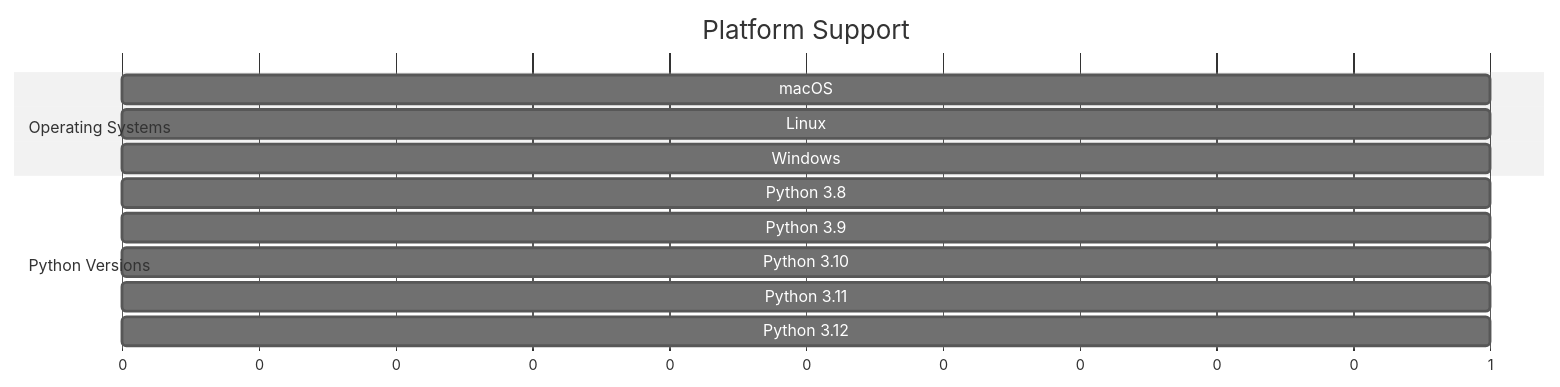
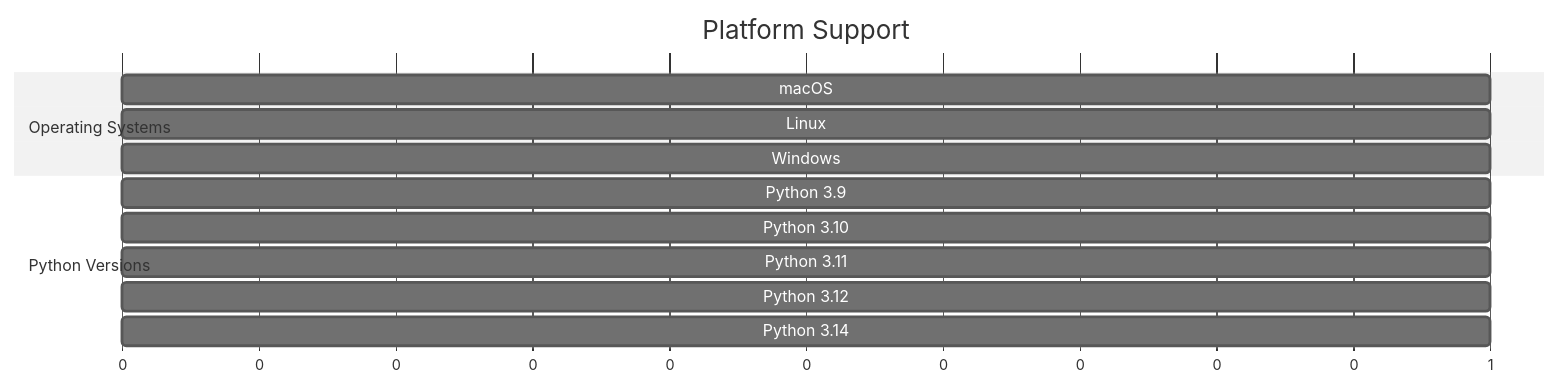
Before and after one commit to lopezbec/cocina-dominicana-crawl_Dominican_LLM_project: the second of 6 diagrams in readme.markdown, drawn with Mermaid (neutral theme). The commit also changed other lines of this file, not shown here.

First line of the commit message:
docs: comprehensive README overhaul with diagrams and examples

````diff
--- a/readme.markdown
+++ b/readme.markdown
@@ -67,18 +69,18 @@
 ```mermaid
 gantt
     title Platform Support
     dateFormat X
     axisFormat %s
     
     section Operating Systems
     macOS     : 0, 1
     Linux     : 0, 1  
     Windows   : 0, 1
     
     section Python Versions
-    Python 3.8  : 0, 1
     Python 3.9  : 0, 1
     Python 3.10 : 0, 1
     Python 3.11 : 0, 1
     Python 3.12 : 0, 1
+    Python 3.14 : 0, 1
 ```
````
